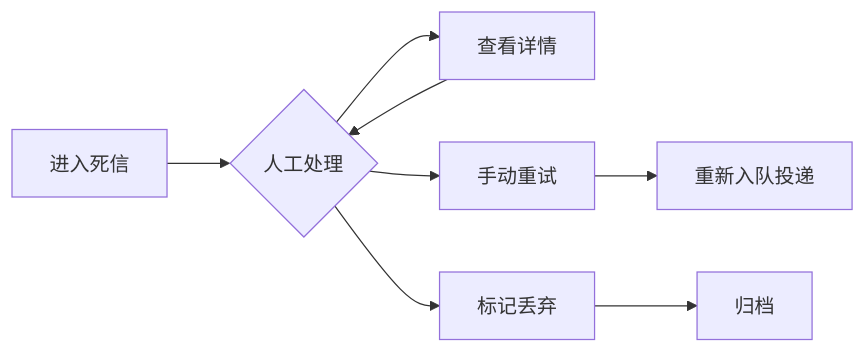
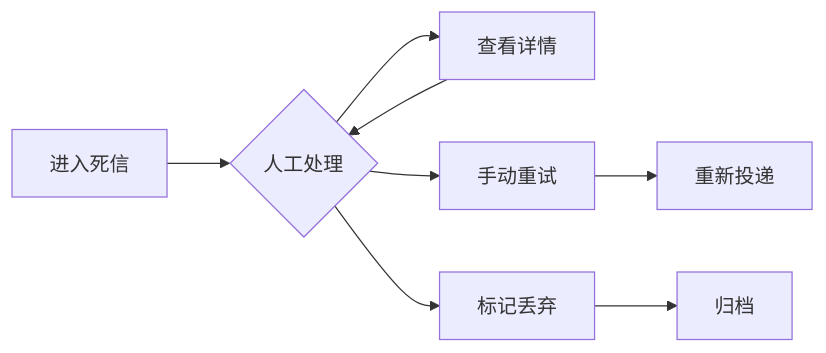
One commit to xnslong/rc_xnslong changed the fifth of 8 diagrams in doc/requirements/202605-notification.md. Above: the diagram before and after it, drawn with Mermaid. The commit also changed other lines of this file and 27 other files, not shown here.

````diff
--- a/doc/requirements/202605-notification.md
+++ b/doc/requirements/202605-notification.md
@@ -301,10 +429,10 @@
 ```mermaid
 flowchart LR
     A[进入死信] --> B{人工处理}
     B --> C[查看详情]
     B --> D[手动重试]
     B --> E[标记丢弃]
     C --> B
-    D --> F[重新入队投递]
+    D --> F[重新投递]
     E --> G[归档]
 ```
````
